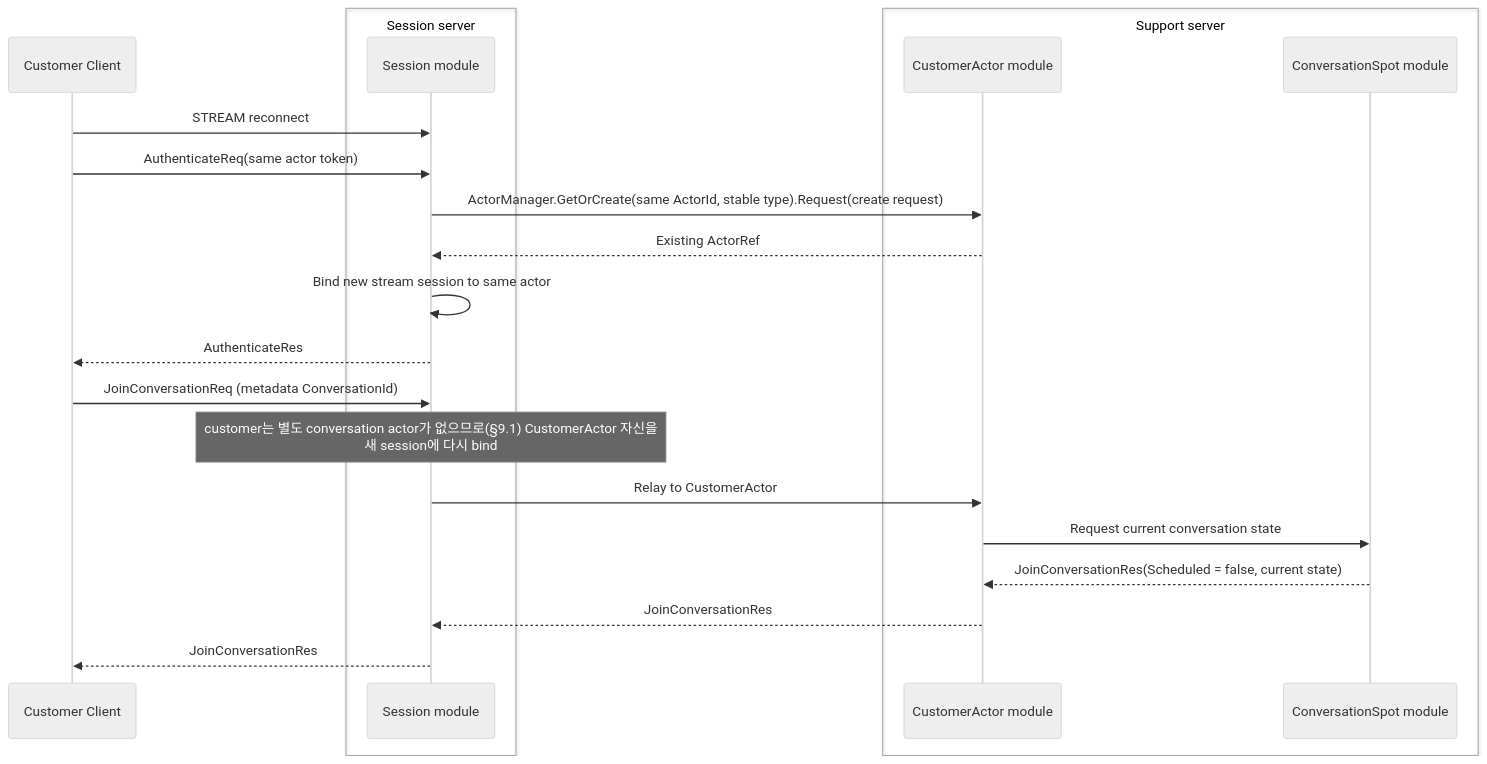
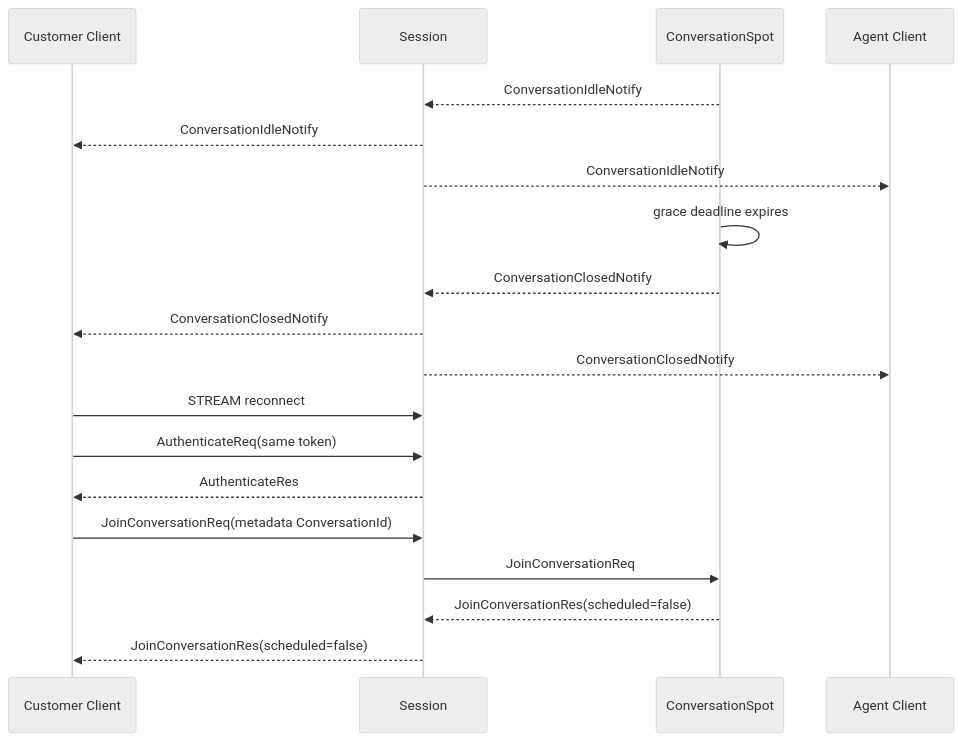
The fourth of 4 diagrams in framework/doc/framework/common/sample/supportchat/README.ko.md (kairos-code-dev/zlink), drawn with Mermaid (neutral theme) before and after one commit. The commit also changed other lines of this file and 39 other files, not shown here.

````diff
--- a/framework/doc/framework/common/sample/supportchat/README.ko.md
+++ b/framework/doc/framework/common/sample/supportchat/README.ko.md
@@ -887,27 +426,22 @@
 ```mermaid
 sequenceDiagram
     participant C as Customer Client
+    participant S as Session
+    participant P as ConversationSpot
+    participant A as Agent Client
 
-    box Session server
-        participant S as Session module
-    end
-
-    box Support server
-        participant A as CustomerActor module
-        participant R as ConversationSpot module
-    end
-
+    P-->>S: ConversationIdleNotify
+    S-->>C: ConversationIdleNotify
+    S-->>A: ConversationIdleNotify
+    P->>P: grace deadline expires
+    P-->>S: ConversationClosedNotify
+    S-->>C: ConversationClosedNotify
+    S-->>A: ConversationClosedNotify
     C->>S: STREAM reconnect
-    C->>S: AuthenticateReq(same actor token)
-    S->>A: ActorManager.GetOrCreate(same ActorId, stable type).Request(create request)
-    A-->>S: Existing ActorRef
-    S->>S: Bind new stream session to same actor
+    C->>S: AuthenticateReq(same token)
     S-->>C: AuthenticateRes
-    C->>S: JoinConversationReq (metadata ConversationId)
-    Note over S: customer는 별도 conversation actor가 없으므로(§9.1) CustomerActor 자신을<br/>새 session에 다시 bind
-    S->>A: Relay to CustomerActor
-    A->>R: Request current conversation state
-    R-->>A: JoinConversationRes(Scheduled = false, current state)
-    A-->>S: JoinConversationRes
-    S-->>C: JoinConversationRes
+    C->>S: JoinConversationReq(metadata ConversationId)
+    S->>P: JoinConversationReq
+    P-->>S: JoinConversationRes(scheduled=false)
+    S-->>C: JoinConversationRes(scheduled=false)
 ```
````
